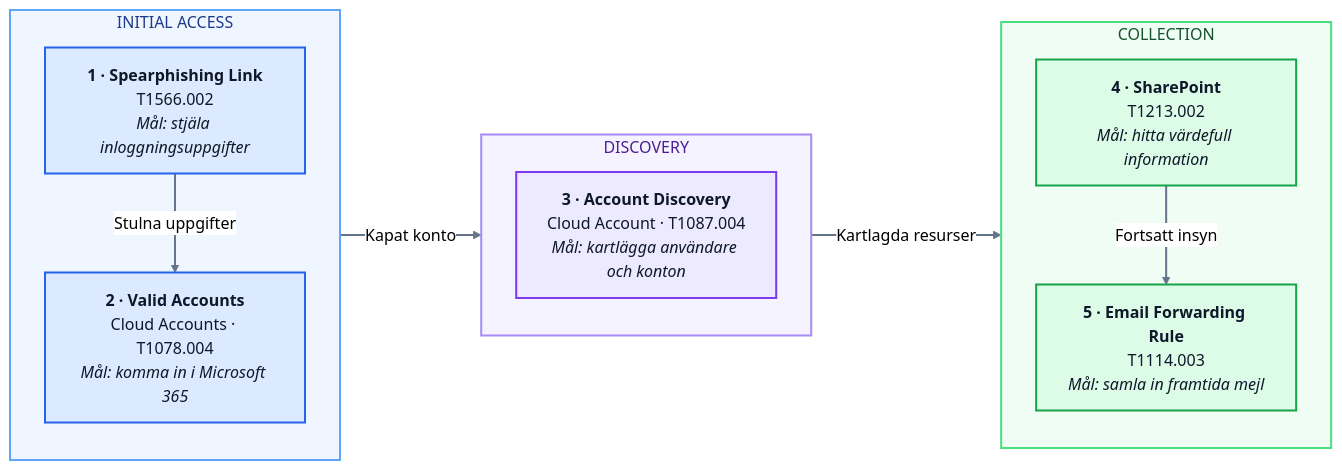
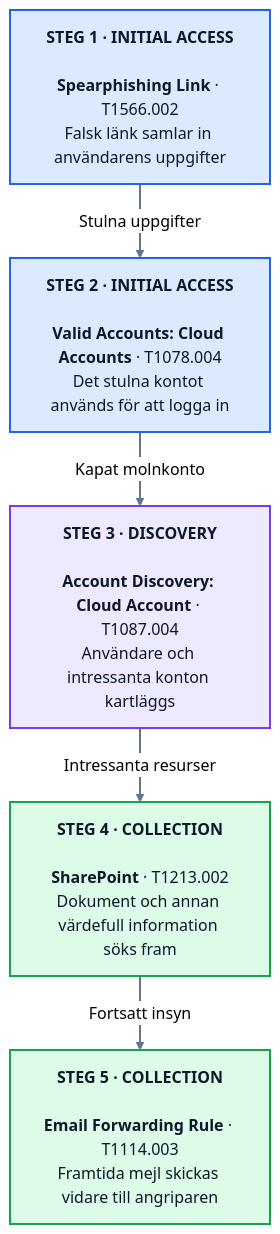
Before and after one commit to Kurs6-Projekt/itsx25-kurs6-grupp3: the diagram in docs/workshop-2-hotanalys.md, drawn with Mermaid (neutral theme). The commit also changed other lines of this file, not shown here.

Commit message:
Make ATT&CK diagram easier to read

````diff
--- a/docs/workshop-2-hotanalys.md
+++ b/docs/workshop-2-hotanalys.md
@@ -25,36 +25,21 @@
 ```mermaid
-flowchart LR
-    subgraph IA["INITIAL ACCESS"]
-        direction TB
-        A["<b>1 · Spearphishing Link</b><br/>T1566.002<br/><i>Mål: stjäla inloggningsuppgifter</i>"]
-        B["<b>2 · Valid Accounts</b><br/>Cloud Accounts · T1078.004<br/><i>Mål: komma in i Microsoft 365</i>"]
-    end
+flowchart TB
+    A["<b>STEG 1 · INITIAL ACCESS</b><br/><br/><b>Spearphishing Link</b> · T1566.002<br/>Falsk länk samlar in användarens uppgifter"]
+    B["<b>STEG 2 · INITIAL ACCESS</b><br/><br/><b>Valid Accounts: Cloud Accounts</b> · T1078.004<br/>Det stulna kontot används för att logga in"]
+    C["<b>STEG 3 · DISCOVERY</b><br/><br/><b>Account Discovery: Cloud Account</b> · T1087.004<br/>Användare och intressanta konton kartläggs"]
+    D["<b>STEG 4 · COLLECTION</b><br/><br/><b>SharePoint</b> · T1213.002<br/>Dokument och annan värdefull information söks fram"]
+    E["<b>STEG 5 · COLLECTION</b><br/><br/><b>Email Forwarding Rule</b> · T1114.003<br/>Framtida mejl skickas vidare till angriparen"]
 
-    subgraph DI["DISCOVERY"]
-        direction TB
-        C["<b>3 · Account Discovery</b><br/>Cloud Account · T1087.004<br/><i>Mål: kartlägga användare och konton</i>"]
-    end
-
-    subgraph CO["COLLECTION"]
-        direction TB
-        D["<b>4 · SharePoint</b><br/>T1213.002<br/><i>Mål: hitta värdefull information</i>"]
-        E["<b>5 · Email Forwarding Rule</b><br/>T1114.003<br/><i>Mål: samla in framtida mejl</i>"]
-    end
-
-    A -->|Stulna uppgifter| B
-    B -->|Kapat konto| C
-    C -->|Kartlagda resurser| D
-    D -->|Fortsatt insyn| E
+    A ==>|Stulna uppgifter| B
+    B ==>|Kapat molnkonto| C
+    C ==>|Intressanta resurser| D
+    D ==>|Fortsatt insyn| E
 
     classDef initial fill:#dbeafe,stroke:#2563eb,color:#0f172a,stroke-width:2px;
     classDef discovery fill:#ede9fe,stroke:#7c3aed,color:#0f172a,stroke-width:2px;
     classDef collection fill:#dcfce7,stroke:#16a34a,color:#0f172a,stroke-width:2px;
     class A,B initial;
     class C discovery;
     class D,E collection;
-
-    style IA fill:#eff6ff,stroke:#60a5fa,stroke-width:2px,color:#1e3a8a;
-    style DI fill:#f5f3ff,stroke:#a78bfa,stroke-width:2px,color:#4c1d95;
-    style CO fill:#f0fdf4,stroke:#4ade80,stroke-width:2px,color:#14532d;
     linkStyle default stroke:#64748b,stroke-width:2px;
 ```
````
